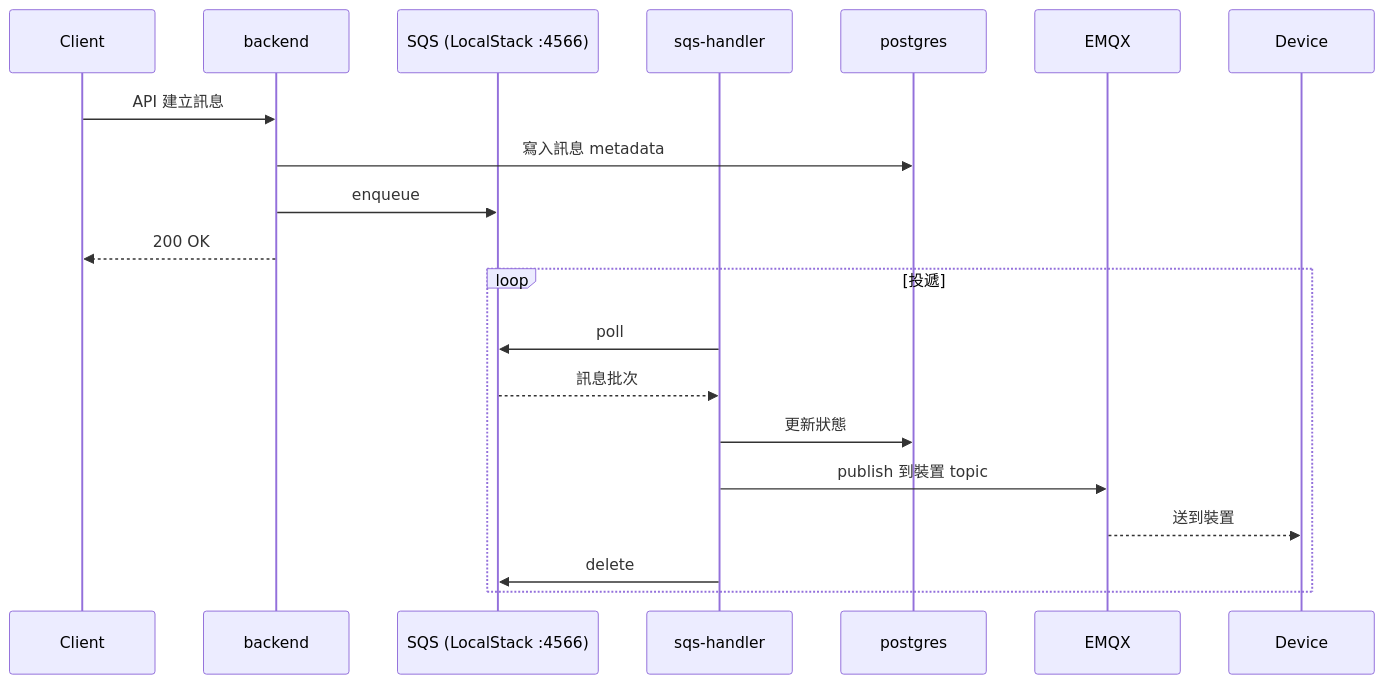
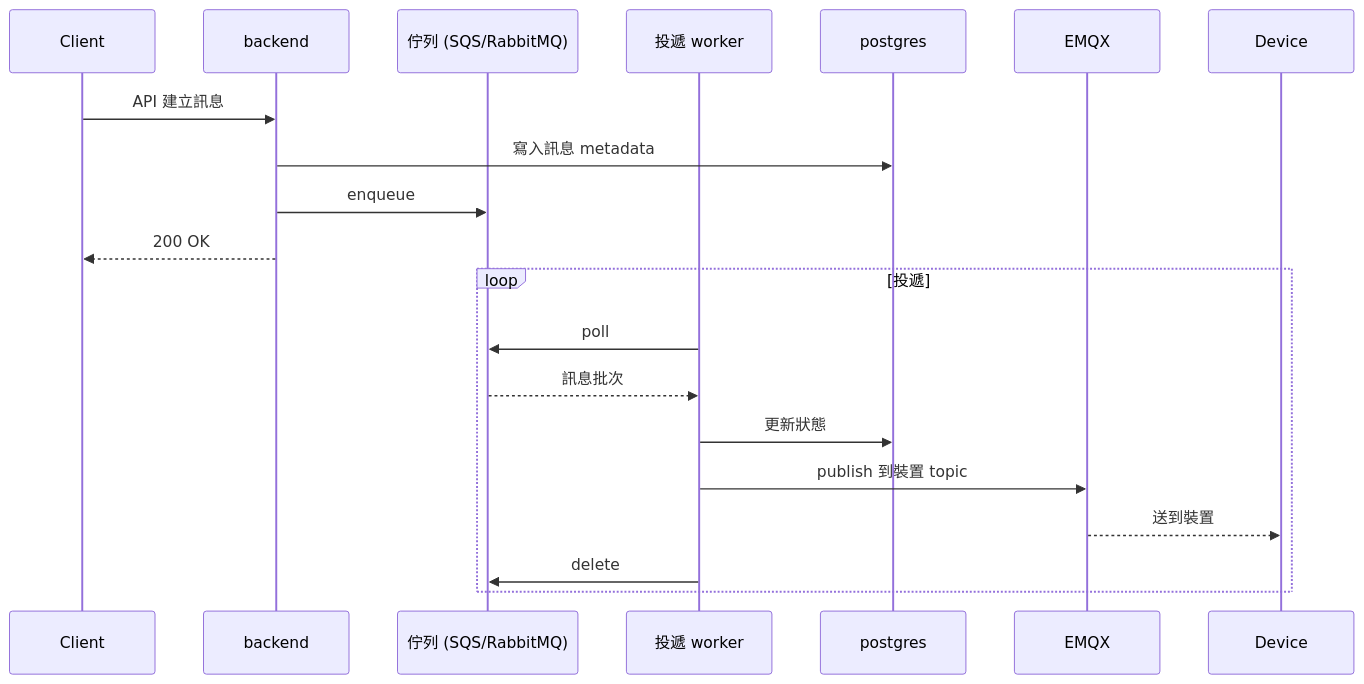
Before and after one commit to G36maid/g36maid-blog: the second of 2 diagrams in src/content/post/quicklink-vpn-architecture.md, drawn with Mermaid. The commit also changed other lines of this file, not shown here.

Commit message:
Rewrite quicklink-vpn-architecture as generic open-source-based architecture article

````diff
--- a/src/content/post/quicklink-vpn-architecture.md
+++ b/src/content/post/quicklink-vpn-architecture.md
@@ -105,24 +94,24 @@
 ```mermaid
 sequenceDiagram
     participant C as Client
     participant B as backend
-    participant Q as SQS (LocalStack :4566)
-    participant H as sqs-handler
+    participant Q as 佇列 (SQS/RabbitMQ)
+    participant H as 投遞 worker
     participant P as postgres
     participant M as EMQX
     participant D as Device
 
     C->>B: API 建立訊息
     B->>P: 寫入訊息 metadata
     B->>Q: enqueue
     B-->>C: 200 OK
 
     loop 投遞
         H->>Q: poll
         Q-->>H: 訊息批次
         H->>P: 更新狀態
         H->>M: publish 到裝置 topic
         M-->>D: 送到裝置
         H->>Q: delete
     end
 ```
````
